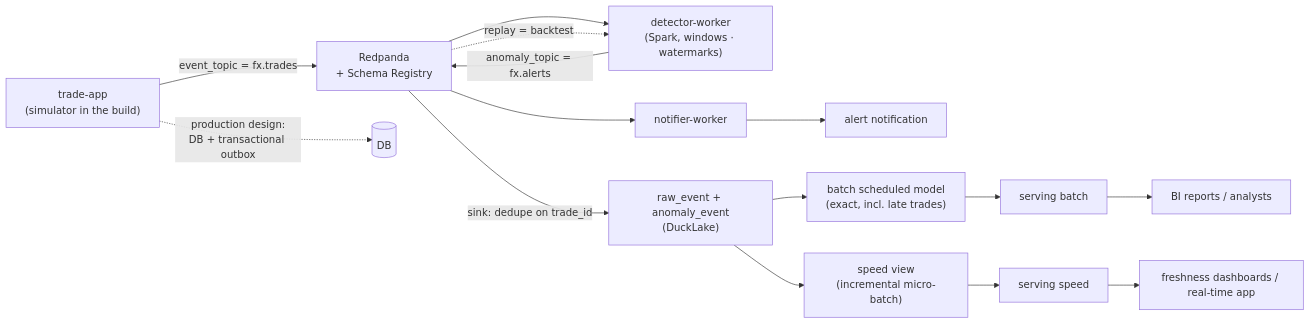
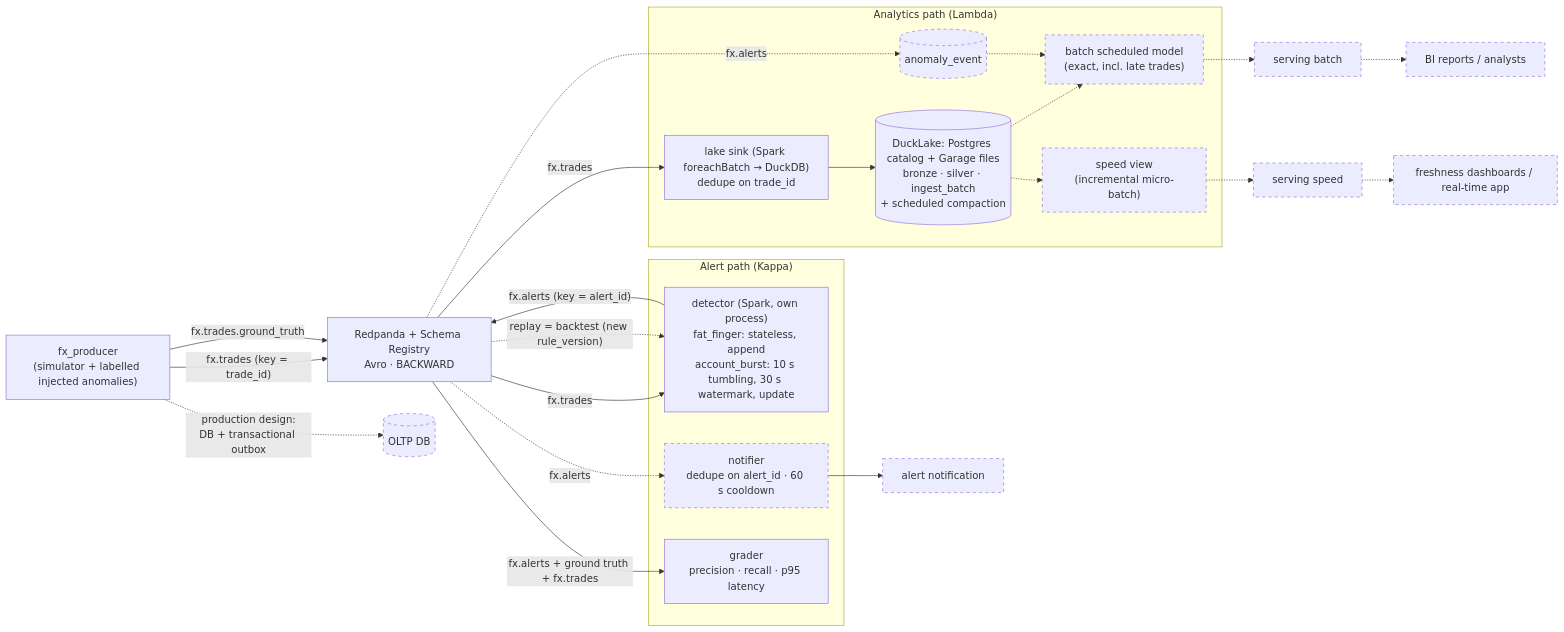
Before and after one commit to phakawatfong/kangarooz: the diagram in docs/design/00-overview.md, drawn with Mermaid. The commit also changed other lines of this file and 1 other file, not shown here.

Commit message:
chore: update mermaid

````diff
--- a/docs/design/00-overview.md
+++ b/docs/design/00-overview.md
@@ -79,14 +79,35 @@
 ```mermaid
 flowchart LR
-  APP["trade-app<br>(simulator in the build)"] -->|event_topic = fx.trades| MQ["Redpanda<br>+ Schema Registry"]
-  APP -.->|"production design:<br>DB + transactional outbox"| DB[("DB")]
-  MQ --> DET["detector-worker<br>(Spark, windows · watermarks)"]
-  DET -->|anomaly_topic = fx.alerts| MQ
-  MQ --> NOT["notifier-worker"] --> AL["alert notification"]
-  MQ -->|sink: dedupe on trade_id| RAW["raw_event + anomaly_event<br>(DuckLake)"]
-  RAW --> BATCH["batch scheduled model<br>(exact, incl. late trades)"]
-  RAW --> SPEED["speed view<br>(incremental micro-batch)"]
-  BATCH --> SB["serving batch"] --> BI["BI reports / analysts"]
-  SPEED --> SS["serving speed"] --> RT["freshness dashboards / real-time app"]
-  MQ -.->|"replay = backtest"| DET
+  APP["fx_producer<br>(simulator + labelled injected anomalies)"] -->|"fx.trades (key = trade_id)"| MQ["Redpanda + Schema Registry<br>Avro · BACKWARD"]
+  APP -->|"fx.trades.ground_truth"| MQ
+  APP -.->|"production design:<br>DB + transactional outbox"| DB[("OLTP DB")]
+
+  subgraph KAPPA["Alert path (Kappa)"]
+    DET["detector (Spark, own process)<br>fat_finger: stateless, append<br>account_burst: 10 s tumbling, 30 s watermark, update"]
+    NOT["notifier<br>dedupe on alert_id · 60 s cooldown"]
+    GRADE["grader<br>precision · recall · p95 latency"]
+  end
+  MQ -->|fx.trades| DET
+  DET -->|"fx.alerts (key = alert_id)"| MQ
+  MQ -.->|"replay = backtest (new rule_version)"| DET
+  MQ -.->|fx.alerts| NOT --> AL["alert notification"]
+  MQ -->|"fx.alerts + ground truth + fx.trades"| GRADE
+
+  subgraph LAMBDA["Analytics path (Lambda)"]
+    SINK["lake sink (Spark foreachBatch → DuckDB)<br>dedupe on trade_id"]
+    LAKE[("DuckLake: Postgres catalog + Garage files<br>bronze · silver · ingest_batch<br>+ scheduled compaction")]
+    ANOM[("anomaly_event")]
+    BATCH["batch scheduled model<br>(exact, incl. late trades)"]
+    SPEED["speed view<br>(incremental micro-batch)"]
+  end
+  MQ -->|fx.trades| SINK --> LAKE
+  MQ -.->|fx.alerts| ANOM
+  LAKE -.-> BATCH
+  LAKE -.-> SPEED
+  ANOM -.-> BATCH
+  BATCH -.-> SB["serving batch"] -.-> BI["BI reports / analysts"]
+  SPEED -.-> SS["serving speed"] -.-> RT["freshness dashboards / real-time app"]
+
+  classDef planned stroke-dasharray: 5 5
+  class DB,NOT,AL,ANOM,BATCH,SPEED,SB,BI,SS,RT planned
 ```
````
